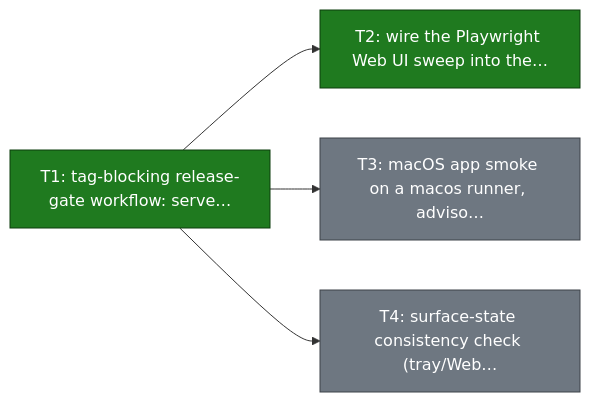
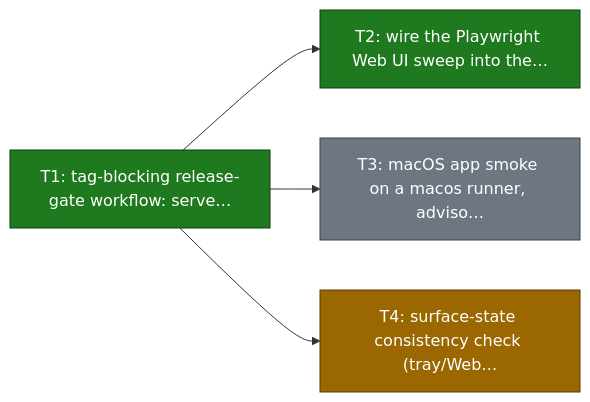
The third of 26 diagrams in ROADMAP.md (smart-mcp-proxy/mcpproxy-go), drawn with Mermaid before and after one commit. The commit also changed other lines of this file and 1 other file, not shown here.

First line of the commit message:
docs(roadmap): truth-sync Specs 108-117 and the quarantine pilot

````diff
--- a/ROADMAP.md
+++ b/ROADMAP.md
@@ -149,16 +163,18 @@
 ```mermaid
 graph LR
   release_qa_gate_matrix["T1: tag-blocking release-gate workflow: serve…"]
   release_qa_gate_playwright["T2: wire the Playwright Web UI sweep into the…"]
   release_qa_gate_macos["T3: macOS app smoke on a macos runner, adviso…"]
   release_qa_gate_consistency["T4: surface-state consistency check (tray/Web…"]
 
   release_qa_gate_matrix --> release_qa_gate_playwright
   release_qa_gate_matrix --> release_qa_gate_macos
   release_qa_gate_matrix --> release_qa_gate_consistency
 
   classDef done fill:#1f7a1f,stroke:#0d3d0d,color:#ffffff;
+  classDef in_review fill:#9a6700,stroke:#5c3d00,color:#ffffff;
   classDef todo fill:#6e7781,stroke:#3d4248,color:#ffffff;
   class release_qa_gate_matrix,release_qa_gate_playwright done;
-  class release_qa_gate_macos,release_qa_gate_consistency todo;
+  class release_qa_gate_consistency in_review;
+  class release_qa_gate_macos todo;
 ```
````
